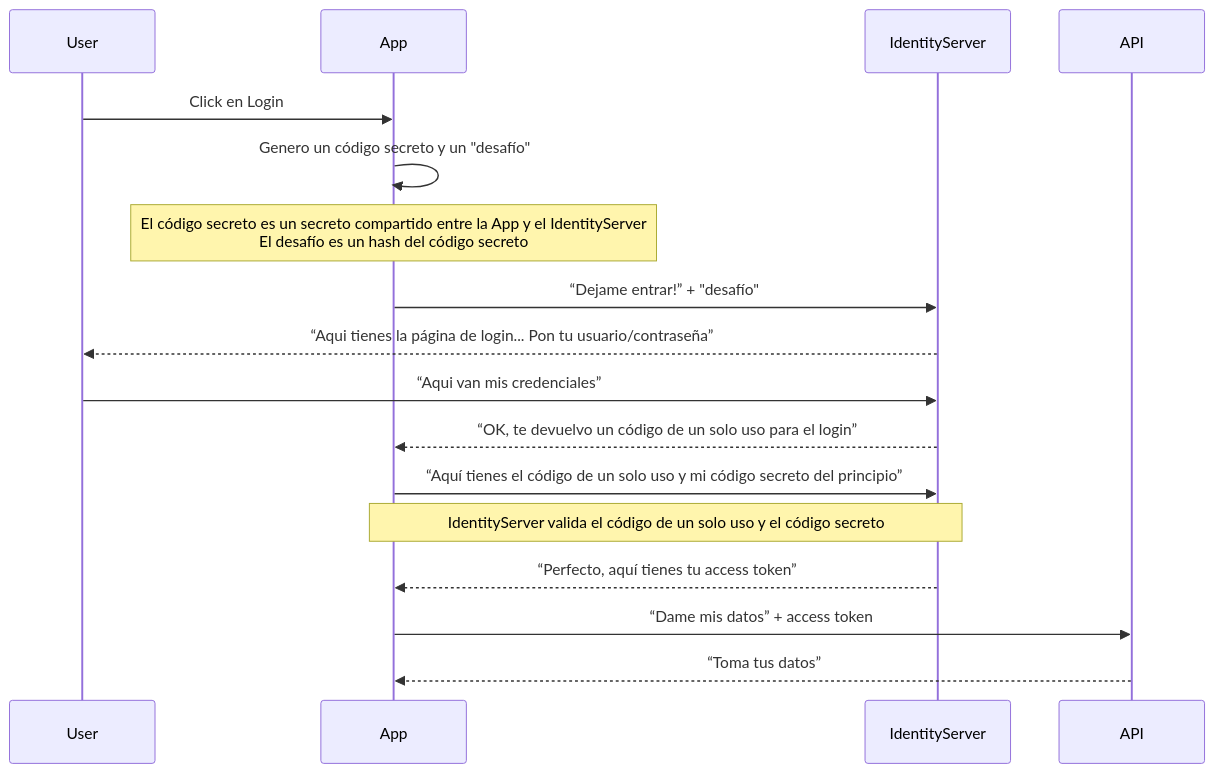
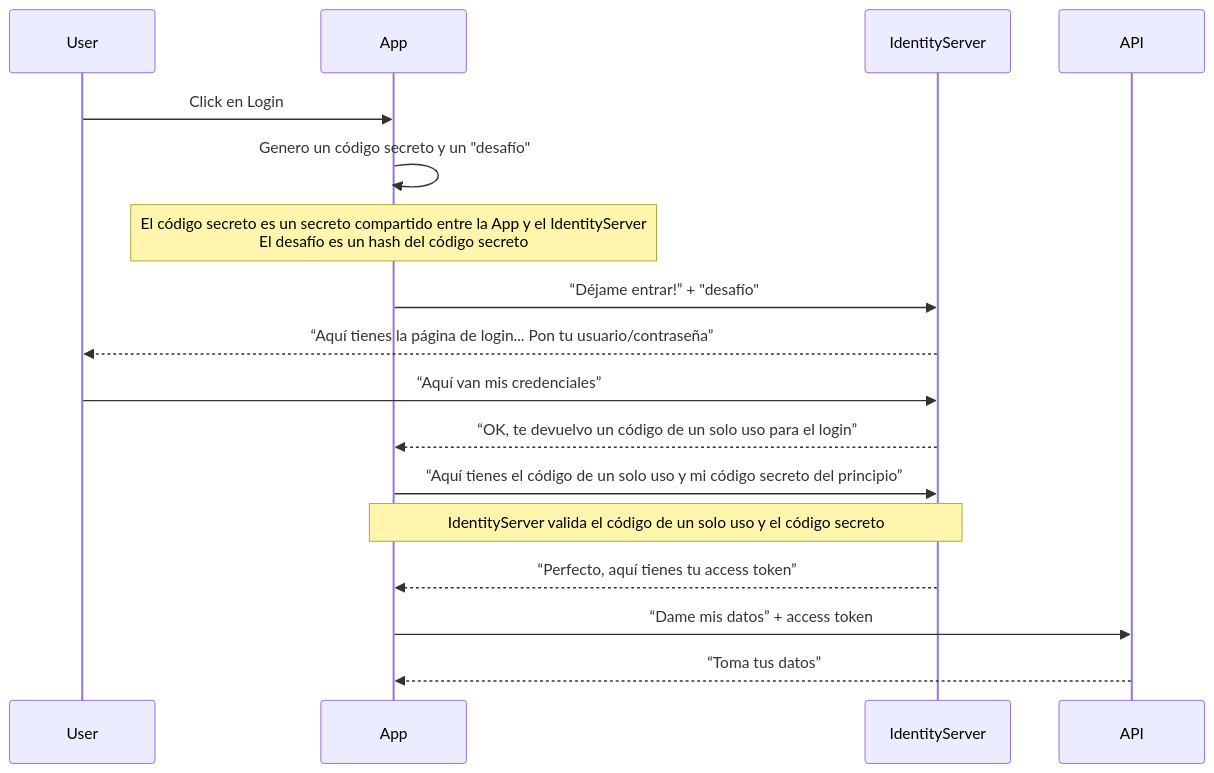
Before and after one commit to virubiotor/authentication-made-simple: the diagram in docs/authorization_code_pkce_simplified.md, drawn with Mermaid. The commit also changed 3 other files, not shown here.

Commit message:
fix(docs): typos in mermaid diagrams

````diff
--- a/docs/authorization_code_pkce_simplified.md
+++ b/docs/authorization_code_pkce_simplified.md
@@ -1,20 +1,20 @@
 ```mermaid
 sequenceDiagram
     participant User
     participant App
     participant IdentityServer
     participant API
 
     User->>App: Click en Login
     App->>App: Genero un código secreto y un "desafío"
     note over App: El código secreto es un secreto compartido entre la App y el IdentityServer<br/>El desafío es un hash del código secreto
-    App->>IdentityServer: “Dejame entrar!” + "desafío"
-    IdentityServer-->>User: “Aqui tienes la página de login... Pon tu usuario/contraseña”
-    User->>IdentityServer: “Aqui van mis credenciales”
+    App->>IdentityServer: “Déjame entrar!” + "desafío"
+    IdentityServer-->>User: “Aquí tienes la página de login... Pon tu usuario/contraseña”
+    User->>IdentityServer: “Aquí van mis credenciales”
     IdentityServer-->>App: “OK, te devuelvo un código de un solo uso para el login”
     App->>IdentityServer: “Aquí tienes el código de un solo uso y mi código secreto del principio”
     note over App, IdentityServer: IdentityServer valida el código de un solo uso y el código secreto
     IdentityServer-->>App: “Perfecto, aquí tienes tu access token”
     App->>API: “Dame mis datos” + access token
     API-->>App: “Toma tus datos”
 ```
````
